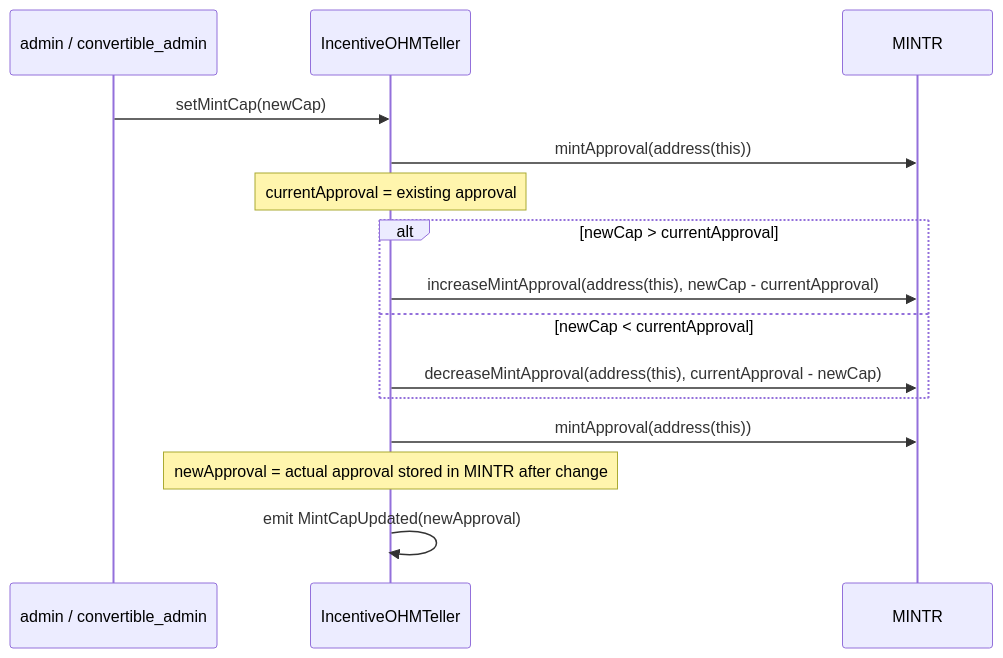
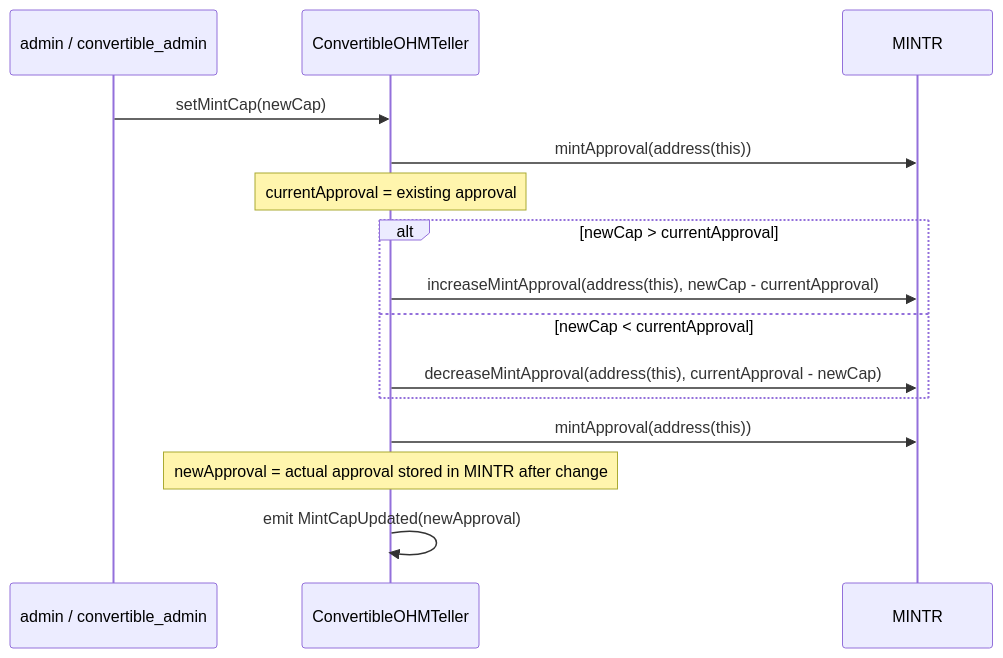
One commit to OlympusDAO/olympus-v3 changed the sixth of 6 diagrams in audit/2026-03_incentives/README.md. Above: the diagram before and after it, drawn with Mermaid. The commit also changed other lines of this file and 20 other files, not shown here.

Commit message:
refactor: rename `IncentiveOHM` to `ConvertibleOHM` across files, contracts, and docs

````diff
--- a/audit/2026-03_incentives/README.md
+++ b/audit/2026-03_incentives/README.md
@@ -287,20 +287,20 @@
 ```mermaid
 sequenceDiagram
     participant Admin as admin / convertible_admin
-    participant Teller as IncentiveOHMTeller
+    participant Teller as ConvertibleOHMTeller
     participant MINTR
 
     Admin->>Teller: setMintCap(newCap)
     Teller->>MINTR: mintApproval(address(this))
     Note over Teller: currentApproval = existing approval
 
     alt newCap > currentApproval
         Teller->>MINTR: increaseMintApproval(address(this), newCap - currentApproval)
     else newCap < currentApproval
         Teller->>MINTR: decreaseMintApproval(address(this), currentApproval - newCap)
     end
 
     Teller->>MINTR: mintApproval(address(this))
     Note over Teller: newApproval = actual approval stored in MINTR after change
     Teller->>Teller: emit MintCapUpdated(newApproval)
 ```
````
